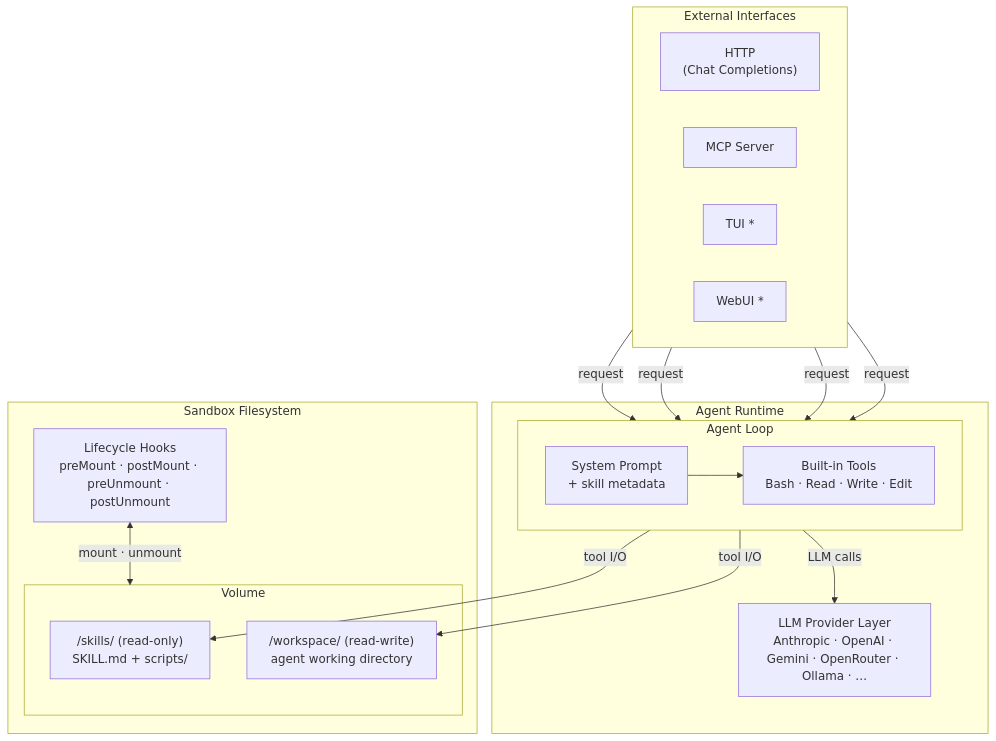
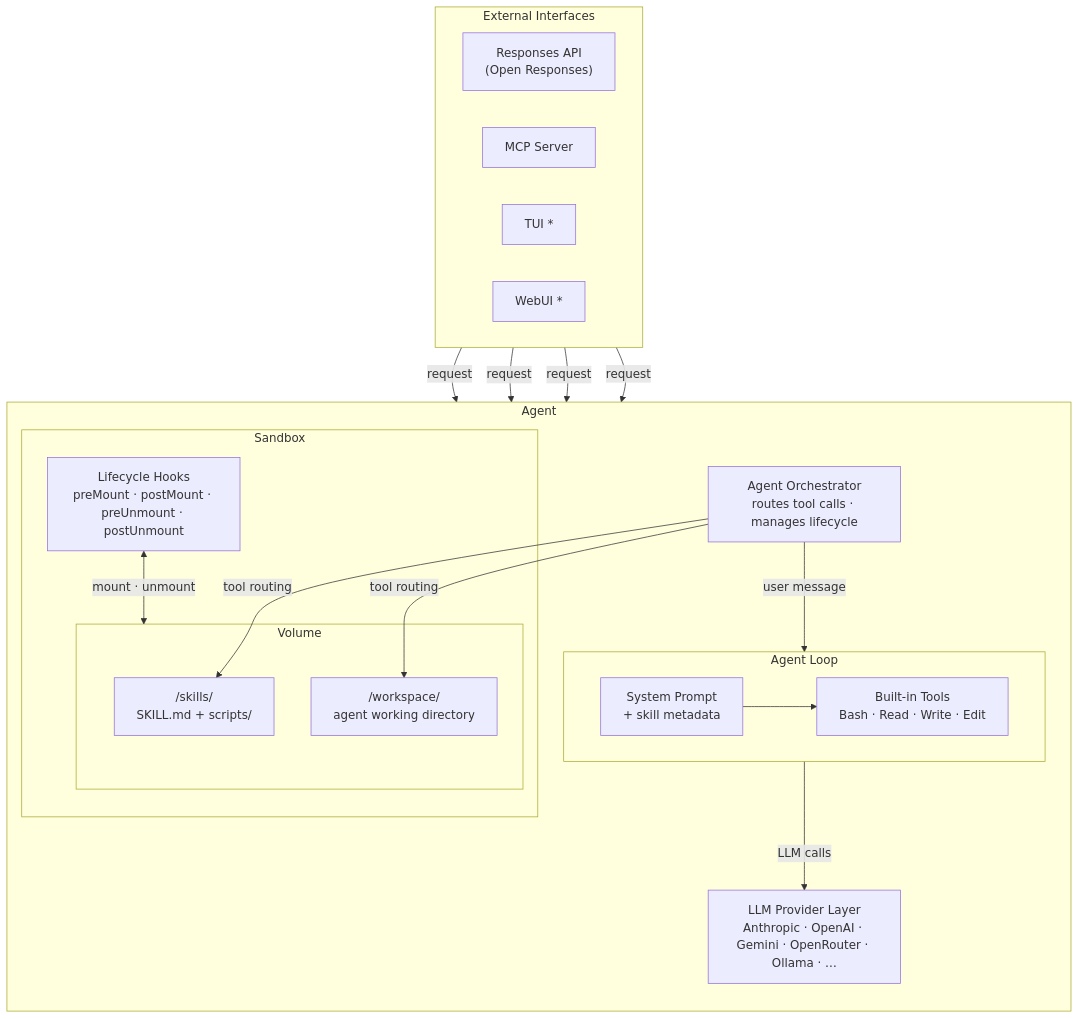
One commit to yujiachen-y/agent-bundle changed the diagram in docs/proposal.md. Above: the diagram before and after it, drawn with Mermaid. The commit also changed other lines of this file, not shown here.

First line of the commit message:
docs(proposal): add agent loop and agent design; add agent-loop spikes

````diff
--- a/docs/proposal.md
+++ b/docs/proposal.md
@@ -91,34 +91,38 @@
 ```mermaid
 graph TD
     subgraph External Interfaces
         direction LR
-        HTTP["HTTP\n(Chat Completions)"]
+        HTTP["Responses API\n(Open Responses)"]
         MCP["MCP Server"]
         TUI["TUI *"]
         WebUI["WebUI *"]
     end
 
-    subgraph Agent Runtime
+    subgraph Agent
+        direction TB
+        ORCH["Agent Orchestrator\nroutes tool calls · manages lifecycle"]
+
         subgraph Agent Loop
             direction LR
             PROMPT["System Prompt\n+ skill metadata"]
             TOOLS["Built-in Tools\nBash · Read · Write · Edit"]
         end
         LLM["LLM Provider Layer\nAnthropic · OpenAI · Gemini · OpenRouter · Ollama · …"]
+
+        subgraph Sandbox
+            subgraph Volume
+                SKILLS["/skills/\nSKILL.md + scripts/"]
+                WORKSPACE["/workspace/\nagent working directory"]
+            end
+            HOOKS["Lifecycle Hooks\npreMount · postMount · preUnmount · postUnmount"]
+        end
     end
 
-    subgraph Sandbox Filesystem
-        subgraph Volume
-            SKILLS["/skills/ (read-only)\nSKILL.md + scripts/"]
-            WORKSPACE["/workspace/ (read-write)\nagent working directory"]
-        end
-        HOOKS["Lifecycle Hooks\npreMount · postMount · preUnmount · postUnmount"]
-    end
-
-    HTTP & MCP & TUI & WebUI -->|request| PROMPT
+    HTTP & MCP & TUI & WebUI -->|request| ORCH
+    ORCH -->|user message| PROMPT
     PROMPT --> TOOLS
     TOOLS -->|LLM calls| LLM
-    TOOLS -->|tool I/O| SKILLS
-    TOOLS -->|tool I/O| WORKSPACE
+    ORCH -->|tool routing| SKILLS
+    ORCH -->|tool routing| WORKSPACE
     HOOKS <-->|mount · unmount| Volume
 ```
````
